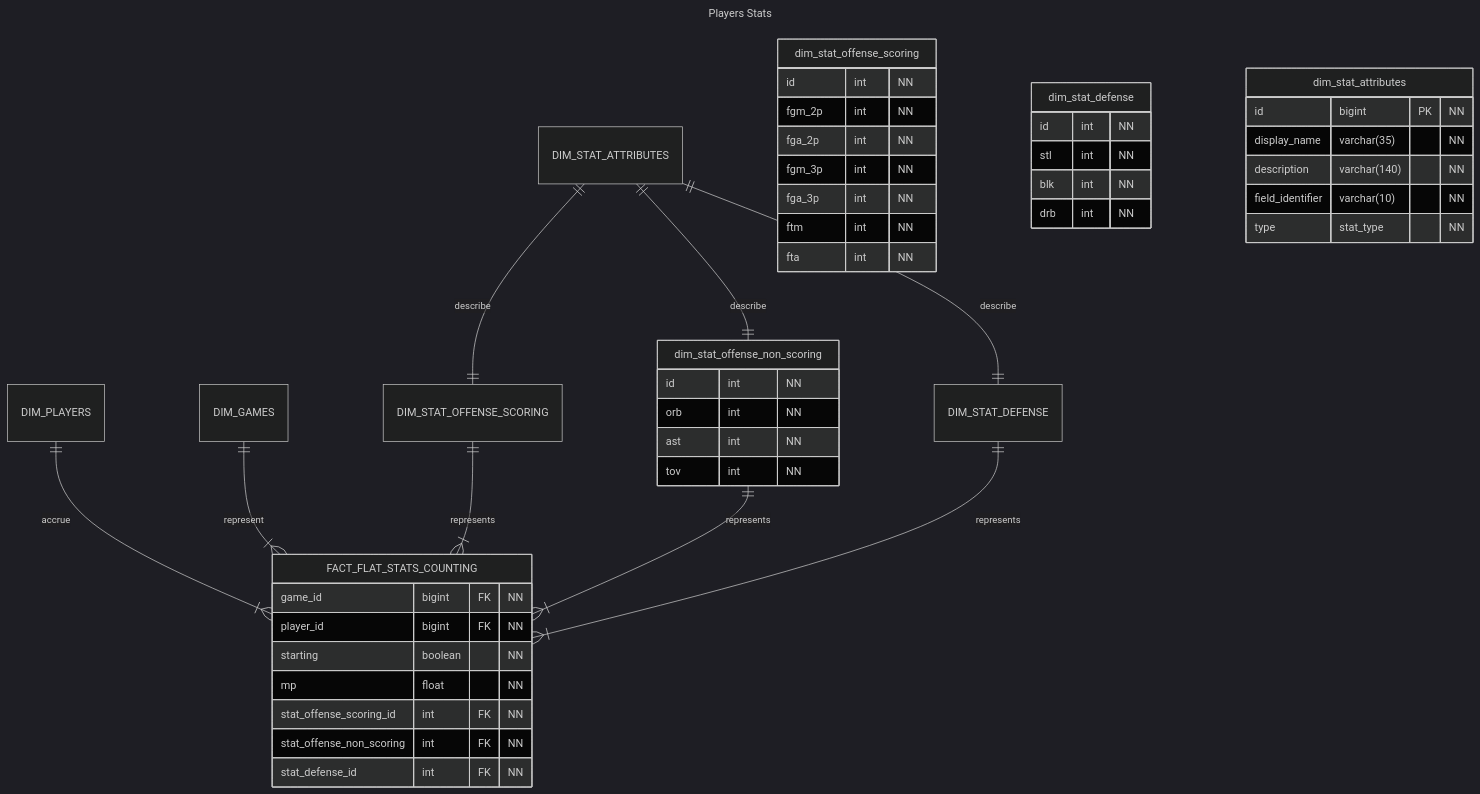
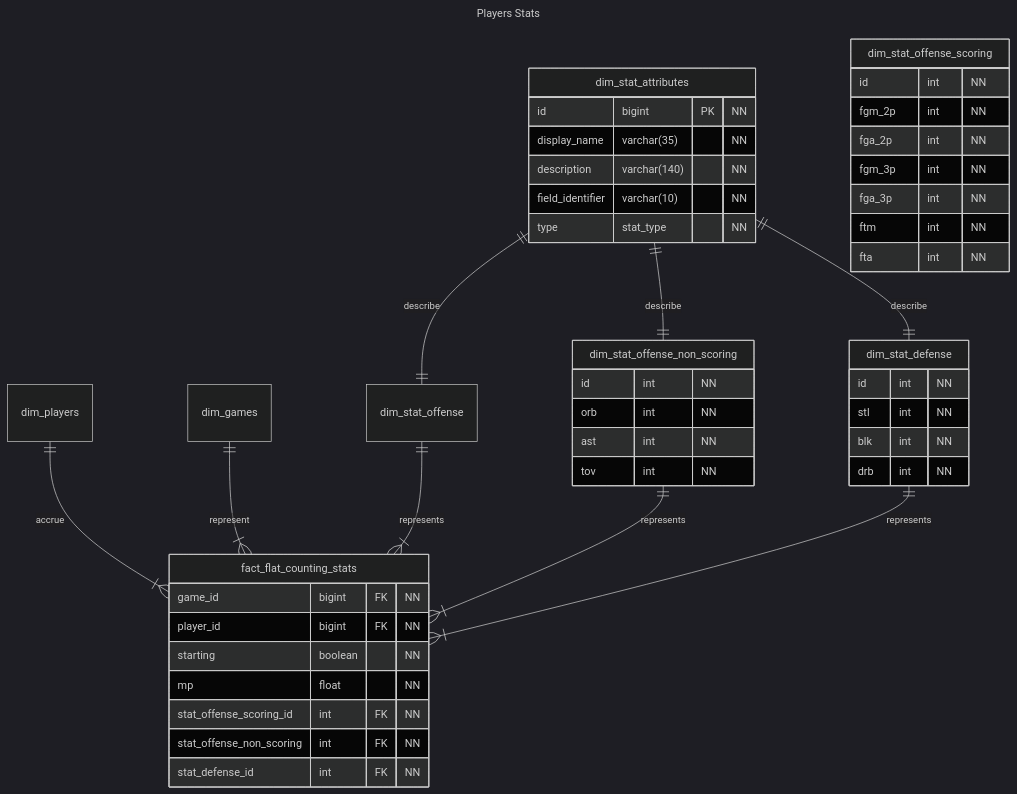
Before and after one commit to SwolenOstrich430/basketball-stats: the diagram in docs/database/erd/players/players-counting-stats.mmd, drawn with Mermaid (dark theme). The commit also changed 1 other file, not shown here.

Commit message:
adding first thought at super basic etl process for stat collection

```diff
--- a/docs/database/erd/players/players-counting-stats.mmd
+++ b/docs/database/erd/players/players-counting-stats.mmd
@@ -1,55 +1,55 @@
 ---
 title: Players Stats
 ---
 
 erDiagram
-    DIM_PLAYERS ||--|{ FACT_FLAT_STATS_COUNTING : accrue
-    DIM_GAMES ||--|{ FACT_FLAT_STATS_COUNTING : represent
-    DIM_STAT_OFFENSE_SCORING ||--|{ FACT_FLAT_STATS_COUNTING : represents
-    dim_stat_offense_non_scoring ||--|{ FACT_FLAT_STATS_COUNTING : represents
-    DIM_STAT_DEFENSE ||--|{ FACT_FLAT_STATS_COUNTING : represents
-    DIM_STAT_ATTRIBUTES ||--|| DIM_STAT_OFFENSE_SCORING : describe 
-    DIM_STAT_ATTRIBUTES ||--|| dim_stat_offense_non_scoring : describe 
-    DIM_STAT_ATTRIBUTES ||--|| DIM_STAT_DEFENSE : describe 
+    dim_players ||--|{ fact_flat_counting_stats : accrue
+    dim_games ||--|{ fact_flat_counting_stats : represent
+    dim_stat_offense ||--|{ fact_flat_counting_stats : represents
+    dim_stat_offense_non_scoring ||--|{ fact_flat_counting_stats : represents
+    dim_stat_defense ||--|{ fact_flat_counting_stats : represents
+    dim_stat_attributes ||--|| dim_stat_offense : describe 
+    dim_stat_attributes ||--|| dim_stat_offense_non_scoring : describe 
+    dim_stat_attributes ||--|| dim_stat_defense : describe 
 
-    FACT_FLAT_STATS_COUNTING {
+    fact_flat_counting_stats {
         game_id bigint FK "NN"
         player_id bigint FK "NN" 
         starting boolean "NN"
         mp float "NN" 
         stat_offense_scoring_id int FK "NN"
         stat_offense_non_scoring int FK "NN"
         stat_defense_id int FK "NN"
     }
 
     dim_stat_offense_scoring {
         id int "NN"
         fgm_2p int "NN"
         fga_2p int "NN"
         fgm_3p int "NN"
         fga_3p int "NN"
         ftm int "NN"
         fta int "NN"
     }
 
     dim_stat_offense_non_scoring {
         id int "NN"
         orb int "NN" 
         ast int "NN"
         tov int "NN"
     }
 
     dim_stat_defense {
         id int "NN"
         stl int "NN"
         blk int "NN"
         drb int "NN"
     }
 
     dim_stat_attributes {
         id bigint PK "NN" 
         display_name varchar(35) "NN" 
         description varchar(140) "NN"
         field_identifier varchar(10) "NN"
         type stat_type "NN"
     }
```
